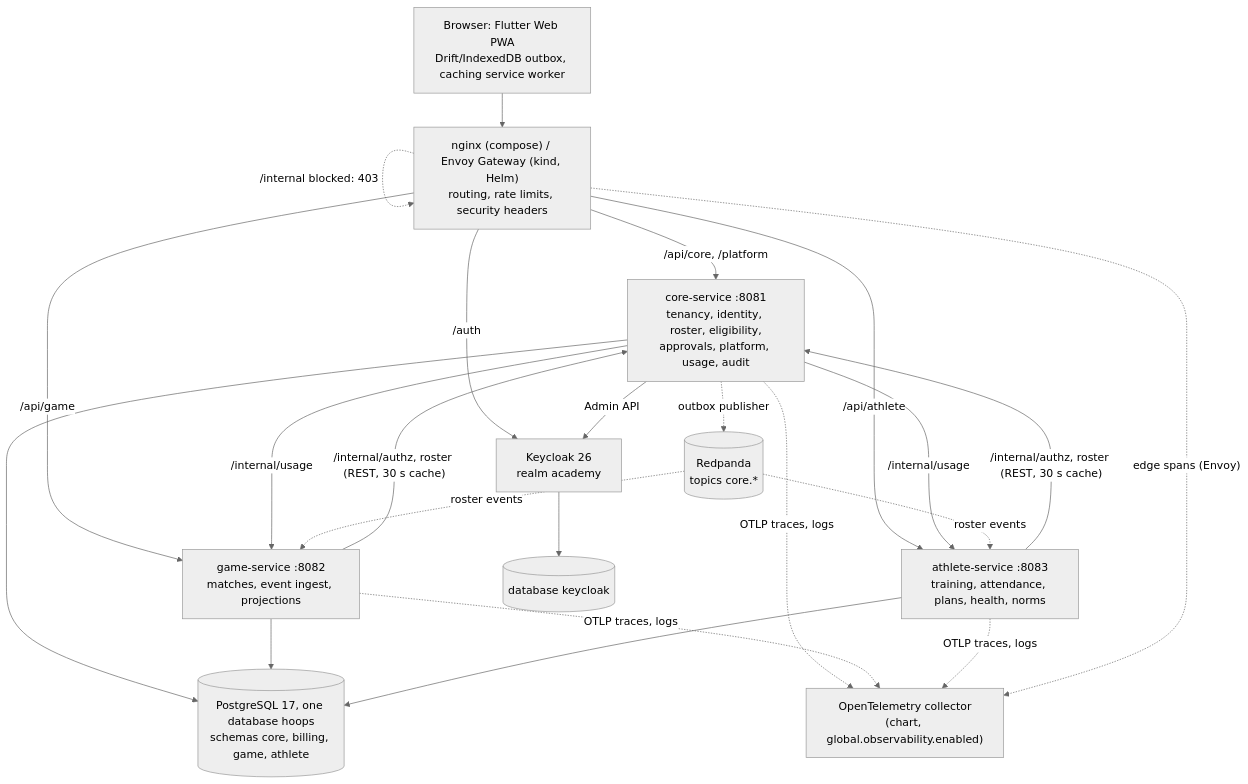
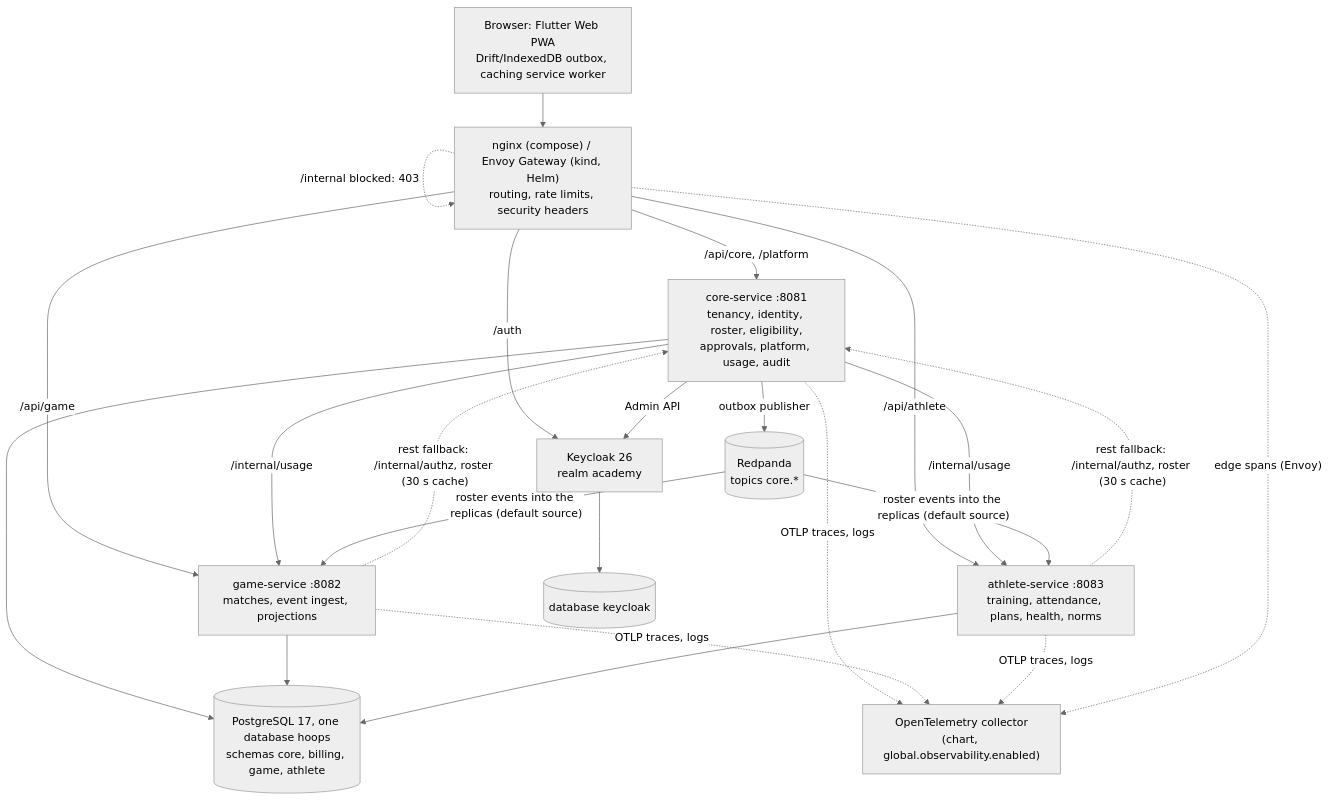
The second of 7 diagrams in docs/architecture.md (davidbejar/hoops-academy), drawn with Mermaid (neutral theme) before and after one commit. The commit also changed other lines of this file and 23 other files, not shown here.

First line of the commit message:
docs: sixth round docs pass: handover, follow-ups, conformance, roadmap, architecture, ADR index, guides (WP102)

````diff
--- a/docs/architecture.md
+++ b/docs/architecture.md
@@ -31,33 +31,33 @@
 ```mermaid
 flowchart TB
   B["Browser: Flutter Web PWA<br/>Drift/IndexedDB outbox, caching service worker"]
   N["nginx (compose) / Envoy Gateway (kind, Helm)<br/>routing, rate limits, security headers"]
   KC["Keycloak 26<br/>realm academy"]
   CORE["core-service :8081<br/>tenancy, identity, roster, eligibility,<br/>approvals, platform, usage, audit"]
   GAME["game-service :8082<br/>matches, event ingest, projections"]
   ATH["athlete-service :8083<br/>training, attendance, plans, health, norms"]
   PG[("PostgreSQL 17, one database hoops<br/>schemas core, billing, game, athlete")]
   KCDB[("database keycloak")]
   RP[("Redpanda<br/>topics core.*")]
   OT["OpenTelemetry collector<br/>(chart, global.observability.enabled)"]
   B --> N
   N -->|"/auth"| KC
   N -->|"/api/core, /platform"| CORE
   N -->|"/api/game"| GAME
   N -->|"/api/athlete"| ATH
   N -. "/internal blocked: 403" .-> N
-  GAME -->|"/internal/authz, roster (REST, 30 s cache)"| CORE
-  ATH -->|"/internal/authz, roster (REST, 30 s cache)"| CORE
+  GAME -. "rest fallback: /internal/authz, roster (30 s cache)" .-> CORE
+  ATH -. "rest fallback: /internal/authz, roster (30 s cache)" .-> CORE
   CORE -->|"/internal/usage"| GAME
   CORE -->|"/internal/usage"| ATH
   CORE --> PG
   GAME --> PG
   ATH --> PG
   KC --> KCDB
   CORE -->|"Admin API"| KC
-  CORE -. "outbox publisher" .-> RP
-  RP -. "roster events" .-> GAME
-  RP -. "roster events" .-> ATH
+  CORE -->|"outbox publisher"| RP
+  RP -->|"roster events into the replicas (default source)"| GAME
+  RP -->|"roster events into the replicas (default source)"| ATH
   CORE & GAME & ATH -. "OTLP traces, logs" .-> OT
   N -. "edge spans (Envoy)" .-> OT
 ```
````
